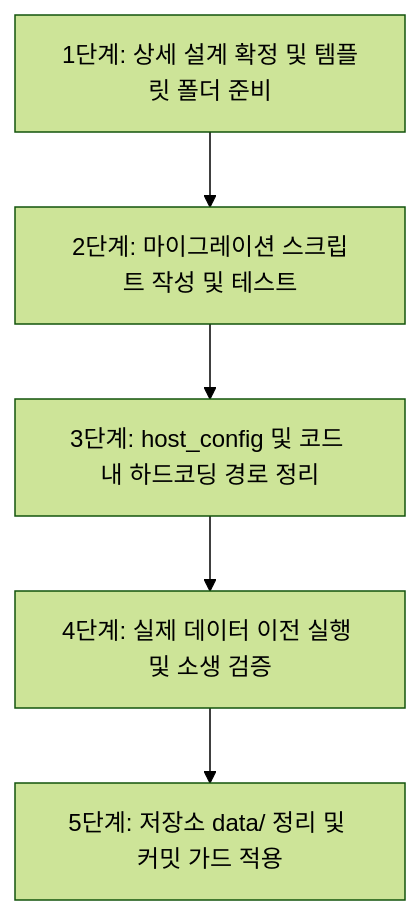
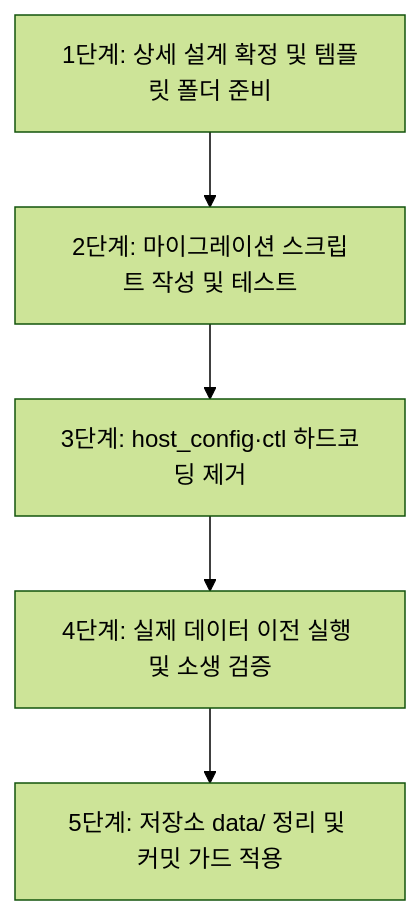
One commit to See1Studios/chatbot changed the diagram in docs/plans/user-data-separation.md. Above: the diagram before and after it, drawn with Mermaid (forest theme). The commit also changed other lines of this file and 5 other files, not shown here.

````diff
--- a/docs/plans/user-data-separation.md
+++ b/docs/plans/user-data-separation.md
@@ -72,7 +136,7 @@
 ```mermaid
 flowchart TD
     A[1단계: 상세 설계 확정 및 템플릿 폴더 준비] --> B[2단계: 마이그레이션 스크립트 작성 및 테스트]
-    B --> C[3단계: host_config 및 코드 내 하드코딩 경로 정리]
+    B --> C[3단계: host_config·ctl 하드코딩 제거]
     C --> D[4단계: 실제 데이터 이전 실행 및 소생 검증]
     D --> E[5단계: 저장소 data/ 정리 및 커밋 가드 적용]
 ```
````
